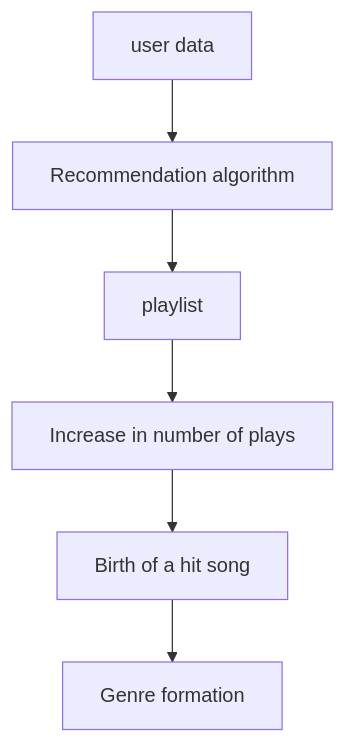
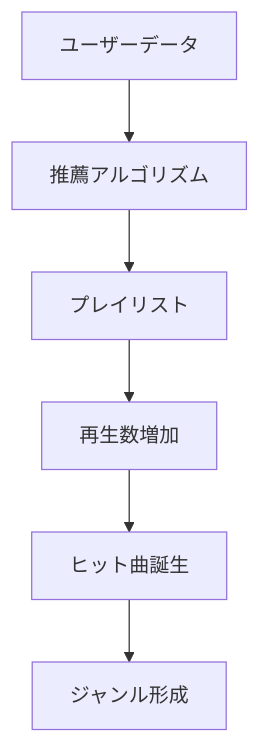
Before and after one commit to monumental-movement/monumental-movement.github.io: the third of 3 diagrams in en/_posts/2026-03-13-column-why-algorithms-are-changing-music-history.md, drawn with Mermaid. The commit also changed other lines of this file and 2196 other files, not shown here.

```diff
--- a/en/_posts/2026-03-13-column-why-algorithms-are-changing-music-history.md
+++ b/en/_posts/2026-03-13-column-why-algorithms-are-changing-music-history.md
@@ -386,10 +386,10 @@
 <div class="mermaid">
 graph TD
 
-A[user data] --> B[Recommendation algorithm]
-B --> C[playlist]
-C --> D[Increase in number of plays]
-D --> E[Birth of a hit song]
-E --> F[Genre formation]
+A[ユーザーデータ] --> B[推薦アルゴリズム]
+B --> C[プレイリスト]
+C --> D[再生数増加]
+D --> E[ヒット曲誕生]
+E --> F[ジャンル形成]
 
 </div>
```
